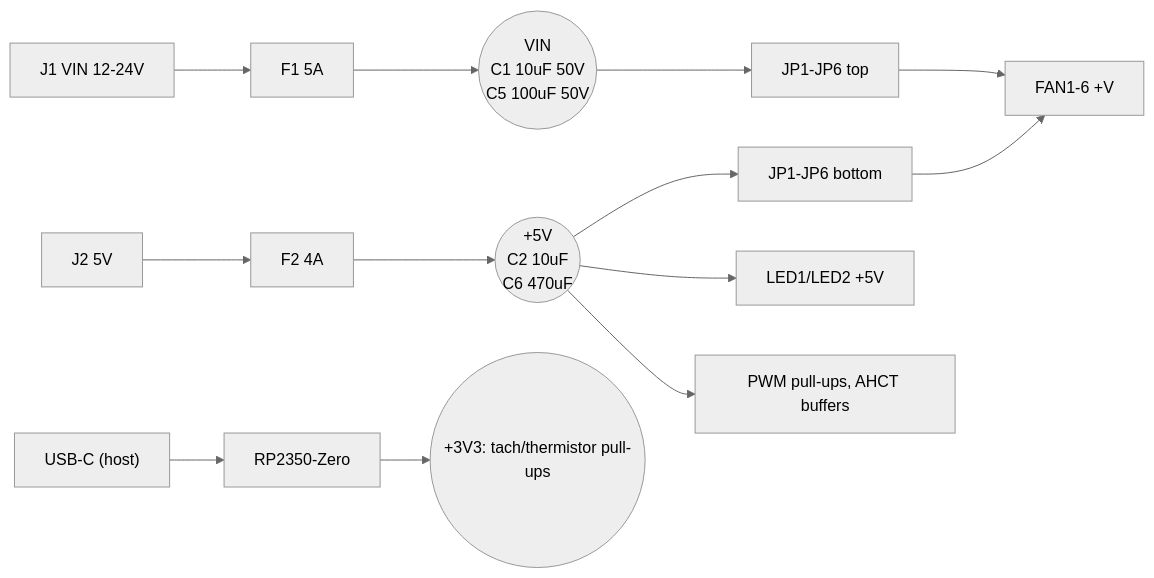
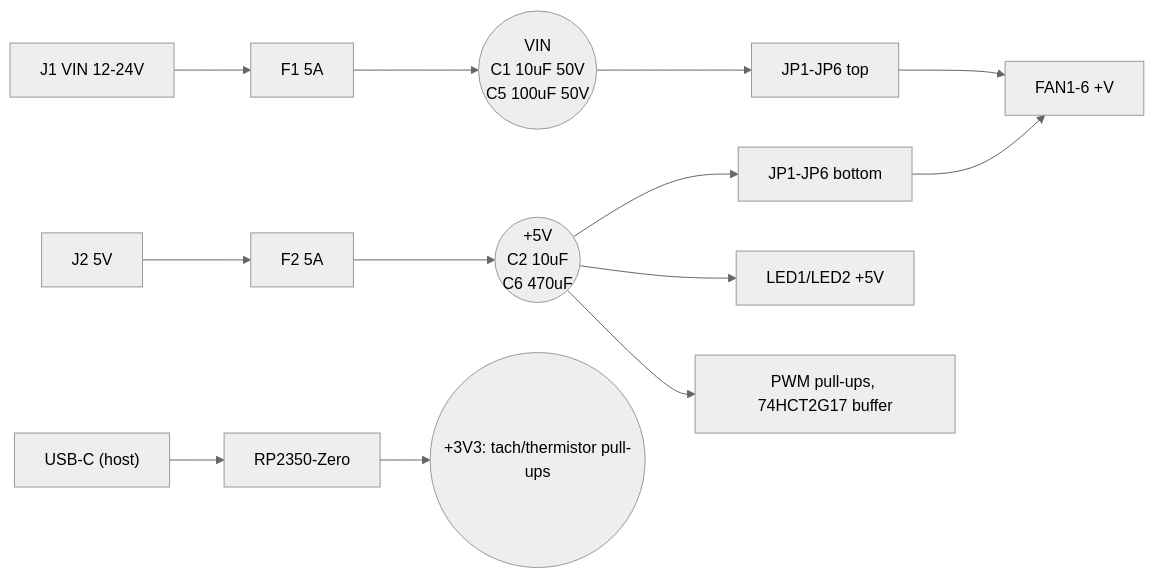
Before and after one commit to mokshmridul/TinyFan2350: the diagram in docs/design-notes.md, drawn with Mermaid (neutral theme). The commit also changed other lines of this file and 45 other files, not shown here.

````diff
--- a/docs/design-notes.md
+++ b/docs/design-notes.md
@@ -7,12 +7,12 @@
 ```mermaid
 flowchart LR
   J1["J1 VIN 12-24V"] --> F1["F1 5A"] --> VIN(("VIN<br/>C1 10uF 50V<br/>C5 100uF 50V"))
-  J2["J2 5V"] --> F2["F2 4A"] --> V5(("+5V<br/>C2 10uF<br/>C6 470uF"))
+  J2["J2 5V"] --> F2["F2 5A"] --> V5(("+5V<br/>C2 10uF<br/>C6 470uF"))
   VIN --> JP["JP1-JP6 top"]
   V5 --> JPb["JP1-JP6 bottom"]
   JP --> FANS["FAN1-6 +V"]
   JPb --> FANS
   V5 --> LED["LED1/LED2 +5V"]
-  V5 --> SHIFT["PWM pull-ups, AHCT buffers"]
+  V5 --> SHIFT["PWM pull-ups, 74HCT2G17 buffer"]
   USB["USB-C (host)"] --> MCU["RP2350-Zero"] --> V33(("+3V3: tach/thermistor pull-ups"))
 ```
````
